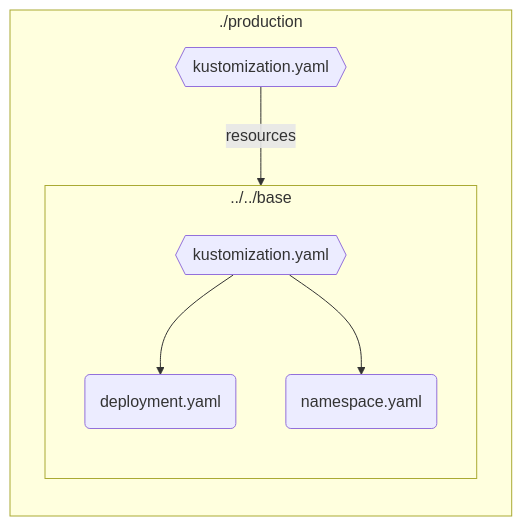
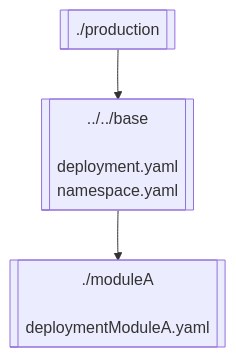
One commit to dv0gt/kustomize-graph-md changed the third of 5 diagrams in README.md. Above: the diagram before and after it, drawn with Mermaid. The commit also changed other lines of this file and 1 other file, not shown here.

````diff
--- a/README.md
+++ b/README.md
@@ -104,14 +92,8 @@
 ```mermaid
 flowchart TB
-subgraph ./production
-direction TB
-K4108157276{{kustomization.yaml}}
-subgraph ../../base
-direction TB
-K2125297382{{kustomization.yaml}}
-K2125297382 --> K2125297382R0(deployment.yaml)
-K2125297382 --> K2125297382R1(namespace.yaml)
-end
-K4108157276 --> |resources| ../../base
-end
+K2388409362 --> K1632387892
+K1632387892 --> K244167769
+K244167769[[./moduleA<br/><br/>deploymentModuleA.yaml]]
+K1632387892[[../../base<br/><br/>deployment.yaml<br/>namespace.yaml]]
+K2388409362[[./production]]
 ```
````
